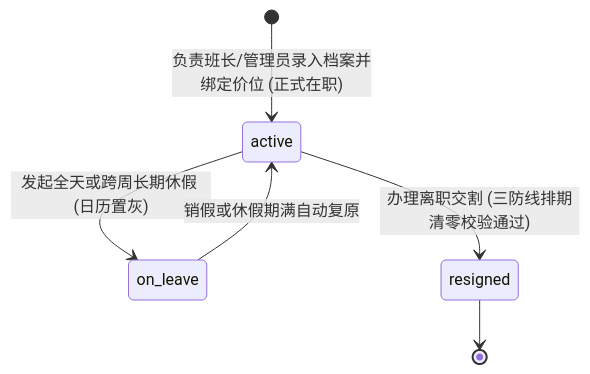
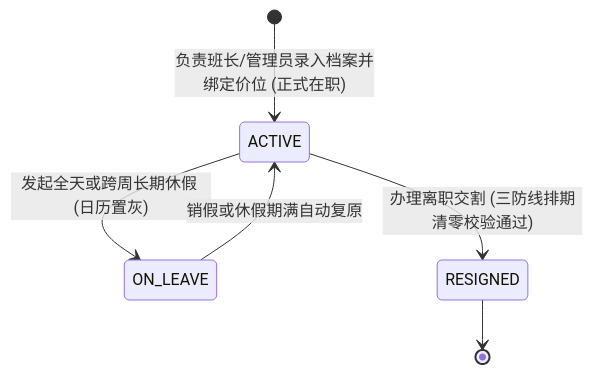
The seventh of 7 diagrams in docs/prd/m1b_teacher_profile.md (Onezao/dream), drawn with Mermaid before and after one commit. The commit also changed other lines of this file and 15 other files, not shown here.

````diff
--- a/docs/prd/m1b_teacher_profile.md
+++ b/docs/prd/m1b_teacher_profile.md
@@ -201,8 +201,8 @@
 ```mermaid
 stateDiagram-v2
-    [*] --> active: 负责班长/管理员录入档案并绑定价位 (正式在职)
-    active --> on_leave: 发起全天或跨周长期休假 (日历置灰)
-    on_leave --> active: 销假或休假期满自动复原
-    active --> resigned: 办理离职交割 (三防线排期清零校验通过)
-    resigned --> [*]
+    [*] --> ACTIVE: 负责班长/管理员录入档案并绑定价位 (正式在职)
+    ACTIVE --> ON_LEAVE: 发起全天或跨周长期休假 (日历置灰)
+    ON_LEAVE --> ACTIVE: 销假或休假期满自动复原
+    ACTIVE --> RESIGNED: 办理离职交割 (三防线排期清零校验通过)
+    RESIGNED --> [*]
 ```
````
